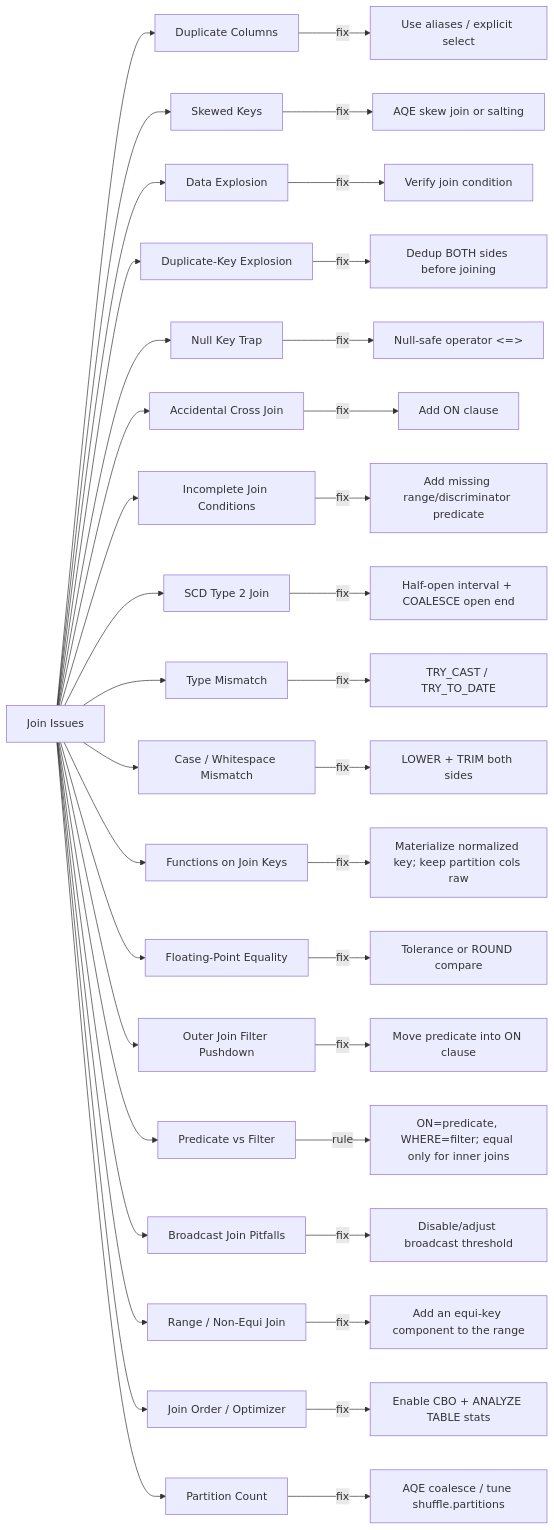
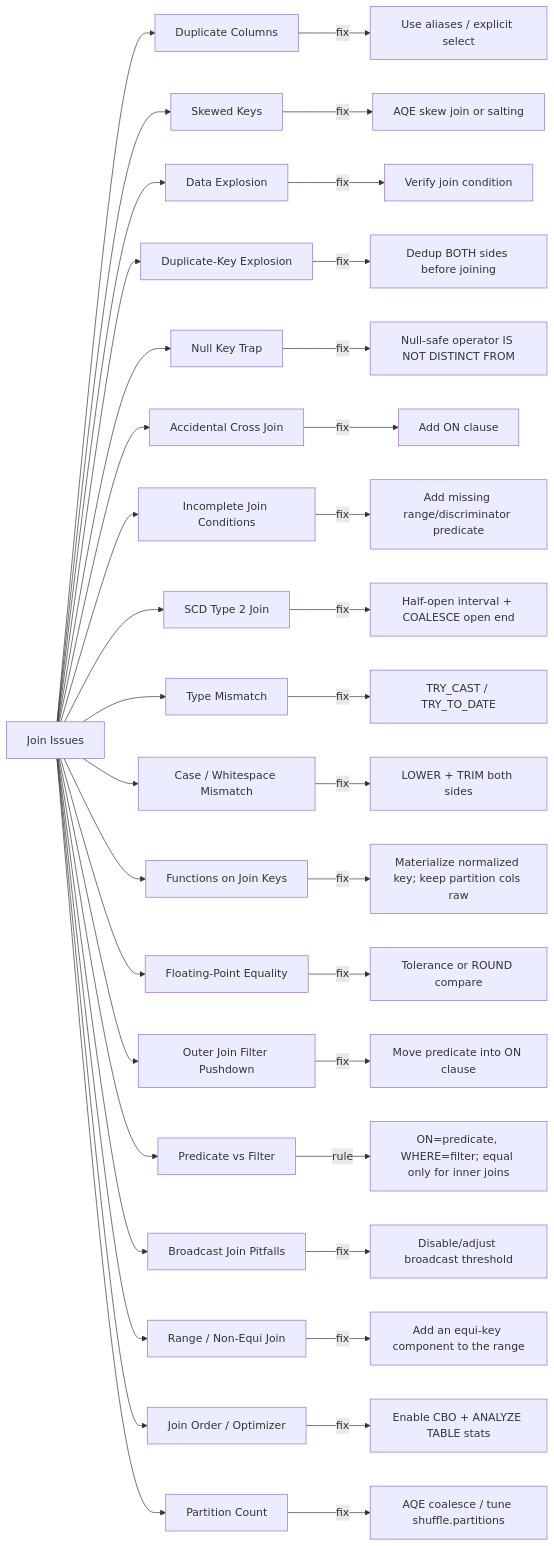
One commit to mahfooziiitian/spark-batch changed the diagram in spark-sql/docs/querying/joins/issues/index.md. Above: the diagram before and after it, drawn with Mermaid. The commit also changed other lines of this file and 809 other files, not shown here.

````diff
--- a/spark-sql/docs/querying/joins/issues/index.md
+++ b/spark-sql/docs/querying/joins/issues/index.md
@@ -16,39 +17,39 @@
 ```mermaid
 graph LR
     I[Join Issues] --> DC[Duplicate Columns]
     I --> SK[Skewed Keys]
     I --> EX[Data Explosion]
     I --> DK[Duplicate-Key Explosion]
     I --> NL[Null Key Trap]
     I --> XJ[Accidental Cross Join]
     I --> IC[Incomplete Join Conditions]
     I --> SCD[SCD Type 2 Join]
     I --> TM[Type Mismatch]
     I --> CW[Case / Whitespace Mismatch]
     I --> FN[Functions on Join Keys]
     I --> FP[Floating-Point Equality]
     I --> OF[Outer Join Filter Pushdown]
     I --> PF[Predicate vs Filter]
     I --> BC[Broadcast Join Pitfalls]
     I --> RJ[Range / Non-Equi Join]
     I --> JO[Join Order / Optimizer]
     I --> PC[Partition Count]
     DC -->|fix| AL[Use aliases / explicit select]
     SK -->|fix| AQE[AQE skew join or salting]
     EX -->|fix| CC[Verify join condition]
     DK -->|fix| DB[Dedup BOTH sides before joining]
-    NL -->|fix| NS[Null-safe operator <=>]
+    NL -->|fix| NS[Null-safe operator IS NOT DISTINCT FROM]
     XJ -->|fix| ON[Add ON clause]
     IC -->|fix| RNG[Add missing range/discriminator predicate]
     SCD -->|fix| HO["Half-open interval + COALESCE open end"]
     TM -->|fix| TC[TRY_CAST / TRY_TO_DATE]
     CW -->|fix| LT[LOWER + TRIM both sides]
     FN -->|fix| MK[Materialize normalized key; keep partition cols raw]
     FP -->|fix| TOL[Tolerance or ROUND compare]
     OF -->|fix| MOC[Move predicate into ON clause]
     PF -->|rule| RULE["ON=predicate, WHERE=filter; equal only for inner joins"]
     BC -->|fix| DIS[Disable/adjust broadcast threshold]
     RJ -->|fix| EQ[Add an equi-key component to the range]
     JO -->|fix| STATS[Enable CBO + ANALYZE TABLE stats]
     PC -->|fix| AQEC[AQE coalesce / tune shuffle.partitions]
 ```
````
